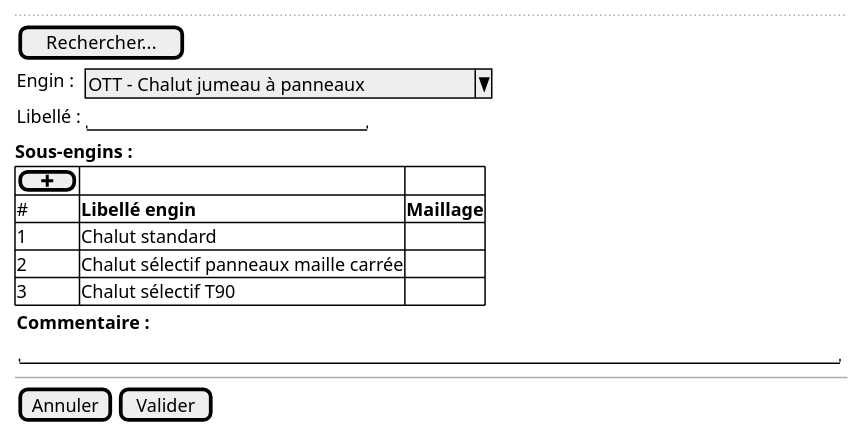
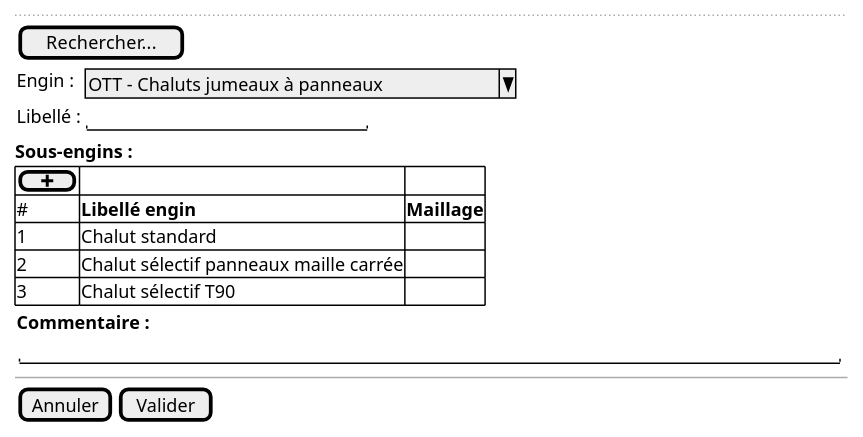
One commit to sumaris-net/sumaris-doc changed the diagram in projects/apase/spe/gear-parent.puml. Above: the diagram before and after it, drawn with PlantUML. The commit also changed 3 other files, not shown here.

```diff
--- a/projects/apase/spe/gear-parent.puml
+++ b/projects/apase/spe/gear-parent.puml
@@ -1,36 +1,36 @@
 @startsalt
 
 {
     ..
     {
         [Rechercher...]
     }
 
     {
-      Engin : | { ^ OTT - Chalut jumeau à panneaux ^ }
+      Engin : | { ^ OTT - Chaluts jumeaux à panneaux ^ }
       Libellé : | { "                       " }
     }
 
     <b>Sous-engins :
 
     {#
       [ <&plus> ] |  .              | .
       # | <b>Libellé engin | <b>Maillage
       1 | Chalut standard | .
       2 | Chalut sélectif panneaux maille carrée | .
       3 | Chalut sélectif T90 | .
     }
 
     {
         <b>Commentaire :
 
         { "                                                                    "}
     }
 
   --
 
   {
     [Annuler] | [Valider]
   }
 }
 @endsalt
```
